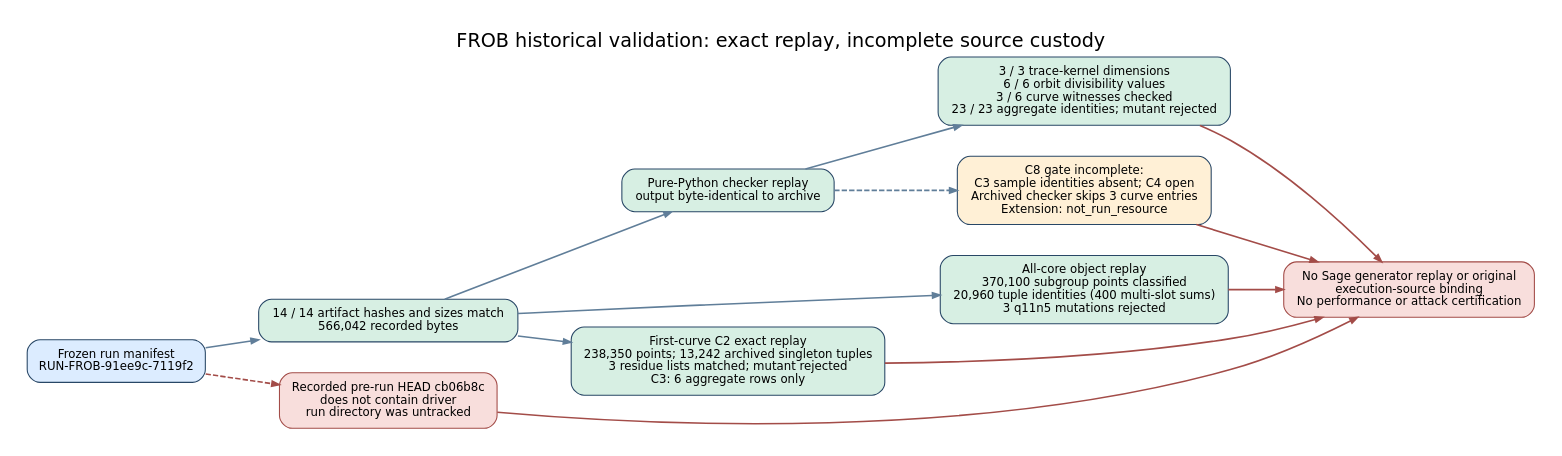
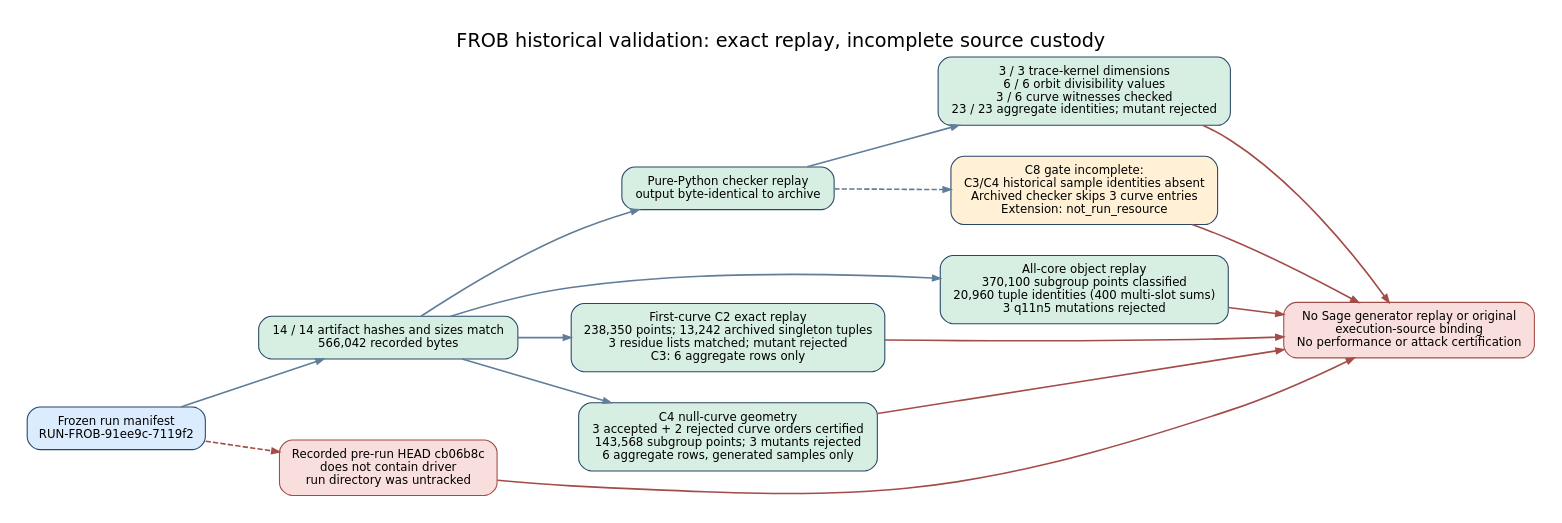
Before and after one commit to aburan28/crypto-autoresearcher: the diagram in docs/reports/2026-10-22-frob-provenance-audit/audit.dot, drawn with Graphviz. The commit also changed 10 other files, not shown here.

Commit message:
Replay FROB C4 null-curve geometry with order certificates

```diff
--- a/docs/reports/2026-10-22-frob-provenance-audit/audit.dot
+++ b/docs/reports/2026-10-22-frob-provenance-audit/audit.dot
@@ -1,22 +1,24 @@
 digraph frob_audit {
   graph [rankdir=LR, bgcolor="white", pad="0.25", nodesep="0.4", ranksep="0.7", fontname="DejaVu Sans", fontsize=18, label="FROB historical validation: exact replay, incomplete source custody", labelloc=t];
   node [shape=box, style="rounded,filled", color="#284766", fillcolor="#e7f1fb", fontname="DejaVu Sans", fontsize=11, margin="0.16,0.11"];
   edge [color="#607e99", penwidth=1.5, arrowsize=0.7];
 
   manifest [label="Frozen run manifest\nRUN-FROB-91ee9c-7119f2", fillcolor="#dcecff"];
   artifacts [label="14 / 14 artifact hashes and sizes match\n566,042 recorded bytes", fillcolor="#d7efe3"];
   checker [label="Pure-Python checker replay\noutput byte-identical to archive", fillcolor="#d7efe3"];
   checked [label="3 / 3 trace-kernel dimensions\n6 / 6 orbit divisibility values\n3 / 6 curve witnesses checked\n23 / 23 aggregate identities; mutant rejected", fillcolor="#d7efe3"];
   core [label="All-core object replay\n370,100 subgroup points classified\n20,960 tuple identities (400 multi-slot sums)\n3 q11n5 mutations rejected", fillcolor="#d7efe3"];
   controls [label="First-curve C2 exact replay\n238,350 points; 13,242 archived singleton tuples\n3 residue lists matched; mutant rejected\nC3: 6 aggregate rows only", fillcolor="#d7efe3"];
-  partial [label="C8 gate incomplete:\nC3 sample identities absent; C4 open\nArchived checker skips 3 curve entries\nExtension: not_run_resource", fillcolor="#fff0d6"];
+  nulls [label="C4 null-curve geometry\n3 accepted + 2 rejected curve orders certified\n143,568 subgroup points; 3 mutants rejected\n6 aggregate rows, generated samples only", fillcolor="#d7efe3"];
+  partial [label="C8 gate incomplete:\nC3/C4 historical sample identities absent\nArchived checker skips 3 curve entries\nExtension: not_run_resource", fillcolor="#fff0d6"];
   source [label="Recorded pre-run HEAD cb06b8c\ndoes not contain driver\nrun directory was untracked", fillcolor="#f8dedc", color="#a34c48"];
   boundary [label="No Sage generator replay or original\nexecution-source binding\nNo performance or attack certification", fillcolor="#f8dedc", color="#a34c48"];
 
   manifest -> artifacts -> checker -> checked;
   artifacts -> core;
   artifacts -> controls;
+  artifacts -> nulls;
   checker -> partial [style=dashed];
   manifest -> source [style=dashed, color="#a34c48"];
-  {checked core controls partial source} -> boundary [color="#a34c48"];
+  {checked core controls nulls partial source} -> boundary [color="#a34c48"];
 }
```
